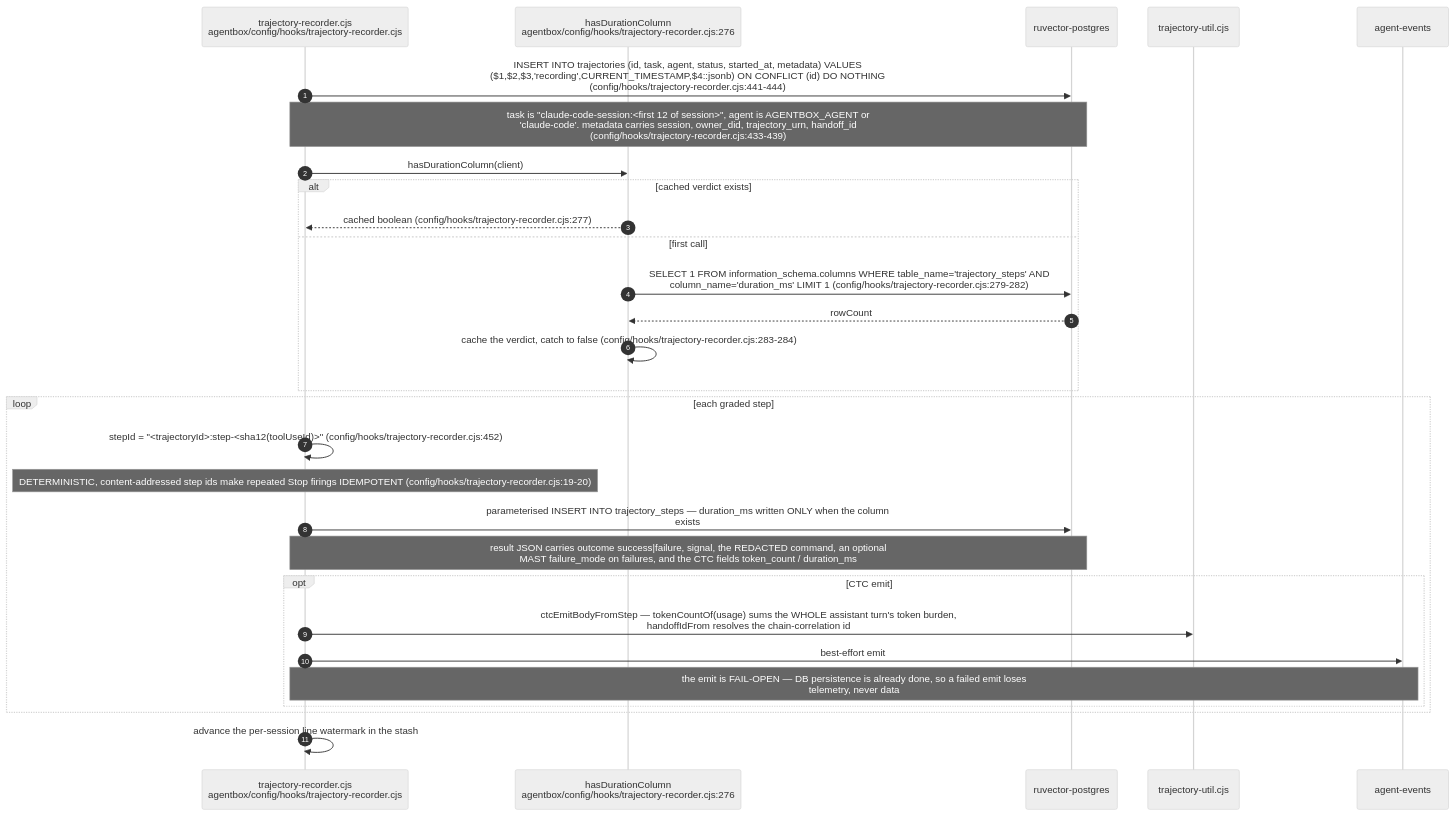
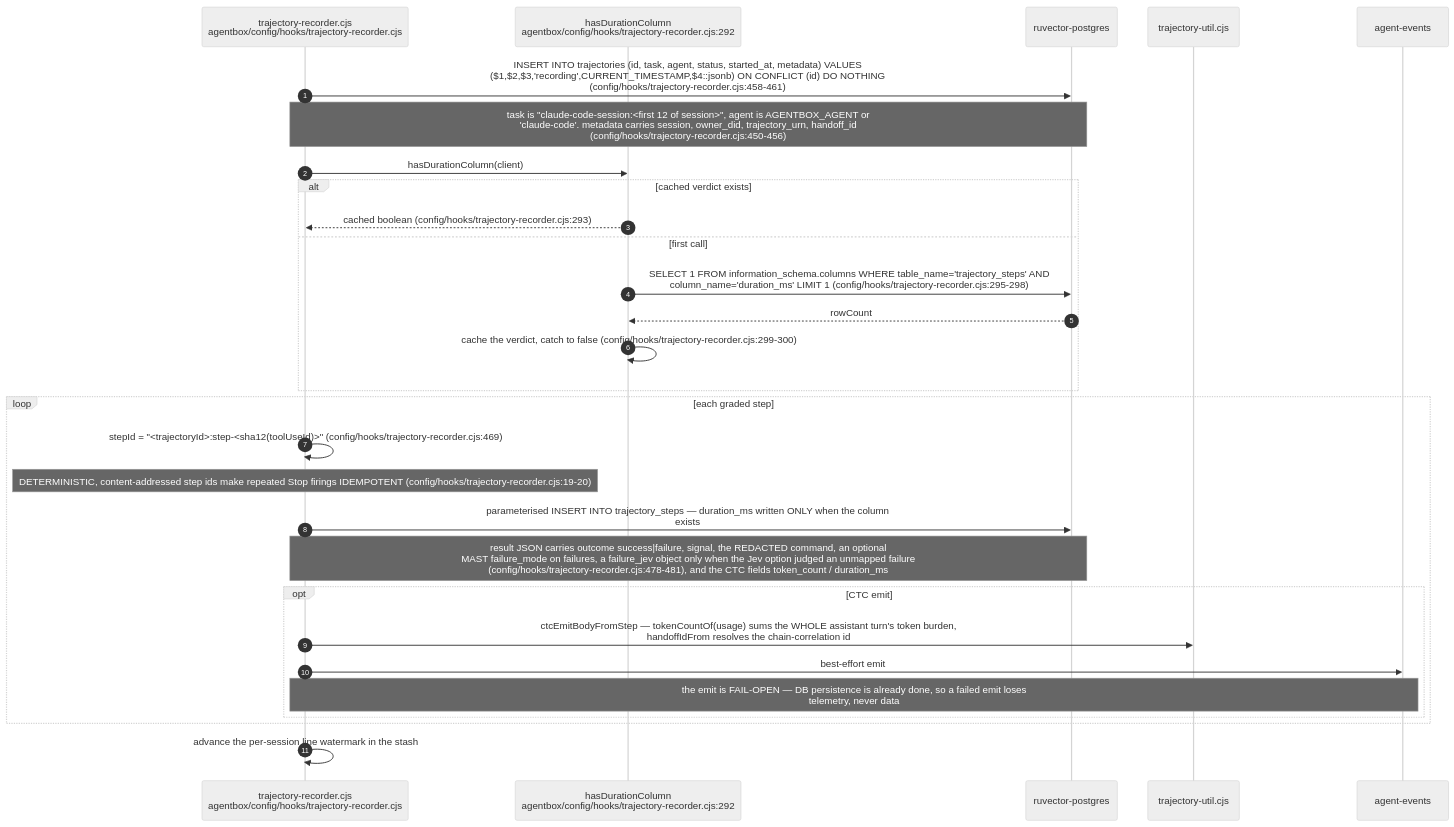
Before and after one commit to DreamLab-AI/VisionFlow: the second of 10 diagrams in docs/diagrams/agentbox/21-learning-loop.md, drawn with Mermaid (neutral theme). The commit also changed other lines of this file and 160 other files, not shown here.

````diff
--- a/docs/diagrams/agentbox/21-learning-loop.md
+++ b/docs/diagrams/agentbox/21-learning-loop.md
@@ -82,32 +83,32 @@
 ```mermaid
 sequenceDiagram
     autonumber
     participant HK as trajectory-recorder.cjs<br/>agentbox/config/hooks/trajectory-recorder.cjs
-    participant PROBE as hasDurationColumn<br/>agentbox/config/hooks/trajectory-recorder.cjs:276
+    participant PROBE as hasDurationColumn<br/>agentbox/config/hooks/trajectory-recorder.cjs:292
     participant PG as ruvector-postgres
     participant U as trajectory-util.cjs
     participant EV as agent-events
 
-    HK->>PG: INSERT INTO trajectories (id, task, agent, status, started_at, metadata) VALUES<br/>($1,$2,$3,'recording',CURRENT_TIMESTAMP,$4::jsonb) ON CONFLICT (id) DO NOTHING<br/>(config/hooks/trajectory-recorder.cjs:441-444)
-    Note over HK,PG: task is "claude-code-session:<first 12 of session>", agent is AGENTBOX_AGENT or<br/>'claude-code'. metadata carries session, owner_did, trajectory_urn, handoff_id<br/>(config/hooks/trajectory-recorder.cjs:433-439)
+    HK->>PG: INSERT INTO trajectories (id, task, agent, status, started_at, metadata) VALUES<br/>($1,$2,$3,'recording',CURRENT_TIMESTAMP,$4::jsonb) ON CONFLICT (id) DO NOTHING<br/>(config/hooks/trajectory-recorder.cjs:458-461)
+    Note over HK,PG: task is "claude-code-session:<first 12 of session>", agent is AGENTBOX_AGENT or<br/>'claude-code'. metadata carries session, owner_did, trajectory_urn, handoff_id<br/>(config/hooks/trajectory-recorder.cjs:450-456)
     HK->>PROBE: hasDurationColumn(client)
     alt cached verdict exists
-        PROBE-->>HK: cached boolean (config/hooks/trajectory-recorder.cjs:277)
+        PROBE-->>HK: cached boolean (config/hooks/trajectory-recorder.cjs:293)
     else first call
-        PROBE->>PG: SELECT 1 FROM information_schema.columns WHERE table_name='trajectory_steps' AND<br/>column_name='duration_ms' LIMIT 1 (config/hooks/trajectory-recorder.cjs:279-282)
+        PROBE->>PG: SELECT 1 FROM information_schema.columns WHERE table_name='trajectory_steps' AND<br/>column_name='duration_ms' LIMIT 1 (config/hooks/trajectory-recorder.cjs:295-298)
         PG-->>PROBE: rowCount
-        PROBE->>PROBE: cache the verdict, catch to false (config/hooks/trajectory-recorder.cjs:283-284)
+        PROBE->>PROBE: cache the verdict, catch to false (config/hooks/trajectory-recorder.cjs:299-300)
     end
     loop each graded step
-        HK->>HK: stepId = "<trajectoryId>:step-<sha12(toolUseId)>" (config/hooks/trajectory-recorder.cjs:452)
+        HK->>HK: stepId = "<trajectoryId>:step-<sha12(toolUseId)>" (config/hooks/trajectory-recorder.cjs:469)
         Note over HK: DETERMINISTIC, content-addressed step ids make repeated Stop firings IDEMPOTENT (config/hooks/trajectory-recorder.cjs:19-20)
         HK->>PG: parameterised INSERT INTO trajectory_steps — duration_ms written ONLY when the column<br/>exists
-        Note over HK,PG: result JSON carries outcome success|failure, signal, the REDACTED command, an optional<br/>MAST failure_mode on failures, and the CTC fields token_count / duration_ms
+        Note over HK,PG: result JSON carries outcome success|failure, signal, the REDACTED command, an optional<br/>MAST failure_mode on failures, a failure_jev object only when the Jev option judged an unmapped failure<br/>(config/hooks/trajectory-recorder.cjs:478-481), and the CTC fields token_count / duration_ms
         opt CTC emit
             HK->>U: ctcEmitBodyFromStep — tokenCountOf(usage) sums the WHOLE assistant turn's token burden,<br/>handoffIdFrom resolves the chain-correlation id
             HK->>EV: best-effort emit
             Note over HK,EV: the emit is FAIL-OPEN — DB persistence is already done, so a failed emit loses<br/>telemetry, never data
         end
     end
     HK->>HK: advance the per-session line watermark in the stash
 ```
````
